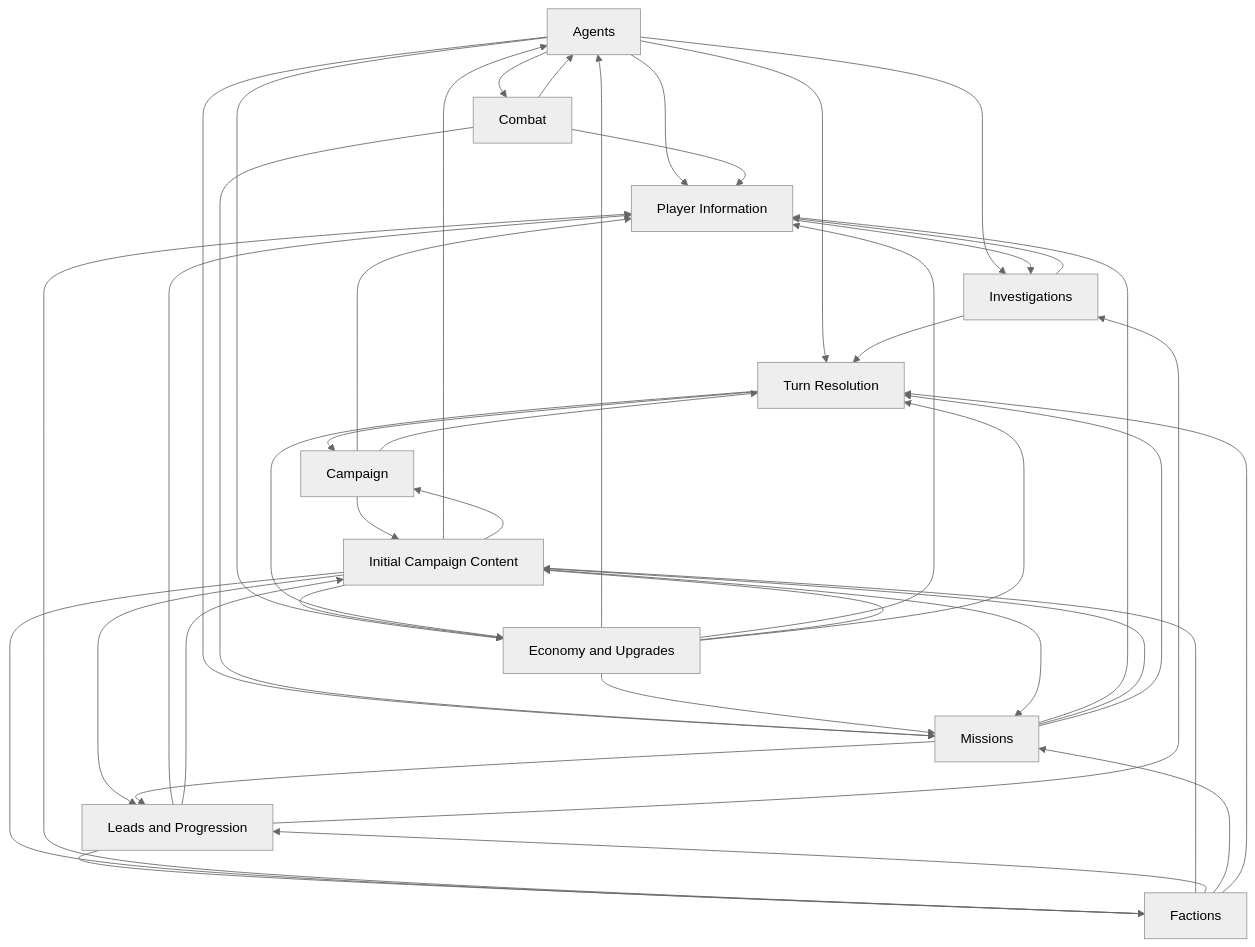
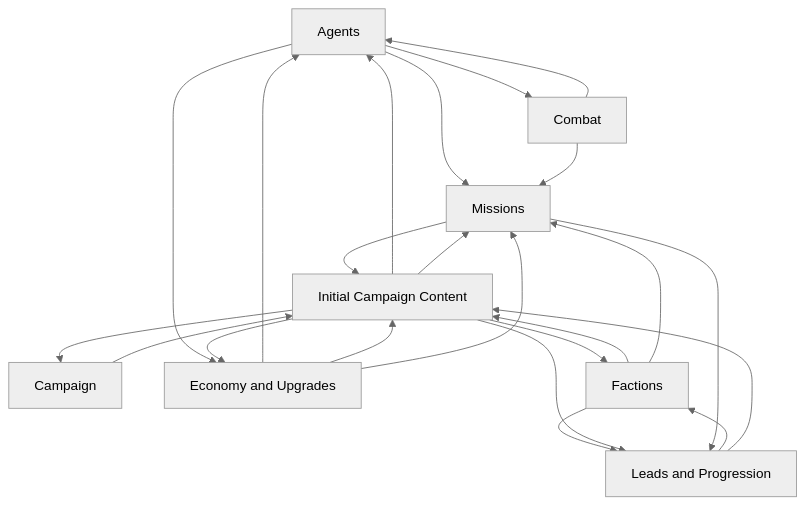
The first of 4 diagrams in docs/spec-relationship-cycles.md (konrad-jamrozik/game-v5), drawn with Mermaid (neutral theme) before and after one commit. The commit also changed other lines of this file and 21 other files, not shown here.

First line of the commit message:
Delete Turn Resolution; state the turn-start default in Engine Contract

````diff
--- a/docs/spec-relationship-cycles.md
+++ b/docs/spec-relationship-cycles.md
@@ -40,25 +38,19 @@
 ```mermaid
 flowchart TD
   AGENT[Agents]
   CAMP[Campaign]
   COMBAT[Combat]
   ECON[Economy and Upgrades]
   FACTION[Factions]
-  INFO[Player Information]
   INIT[Initial Campaign Content]
-  INVSTG[Investigations]
   LEAD[Leads and Progression]
   MISSION[Missions]
-  TURN[Turn Resolution]
-  AGENT --> COMBAT & ECON & INFO & INVSTG & MISSION & TURN
-  CAMP --> INFO & INIT & TURN
-  COMBAT --> AGENT & INFO & MISSION
-  ECON --> AGENT & INFO & INIT & MISSION & TURN
-  FACTION --> INFO & INIT & LEAD & MISSION & TURN
-  INFO --> INVSTG
+  AGENT --> COMBAT & ECON & MISSION
+  CAMP --> INIT
+  COMBAT --> AGENT & MISSION
+  ECON --> AGENT & INIT & MISSION
+  FACTION --> INIT & LEAD & MISSION
   INIT --> AGENT & CAMP & ECON & FACTION & LEAD & MISSION
-  INVSTG --> INFO & TURN
-  LEAD --> FACTION & INFO & INIT & INVSTG
-  MISSION --> INFO & INIT & LEAD & TURN
-  TURN --> CAMP & ECON
+  LEAD --> FACTION & INIT
+  MISSION --> INIT & LEAD
 ```
````
